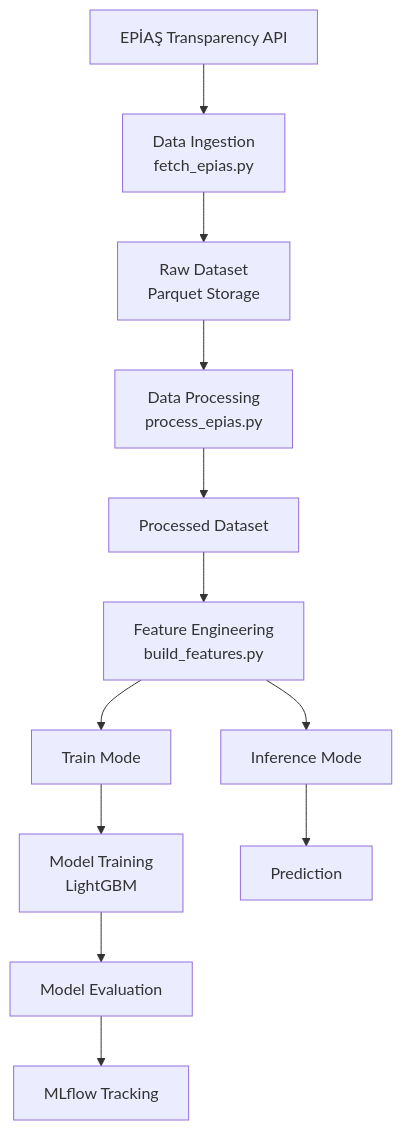
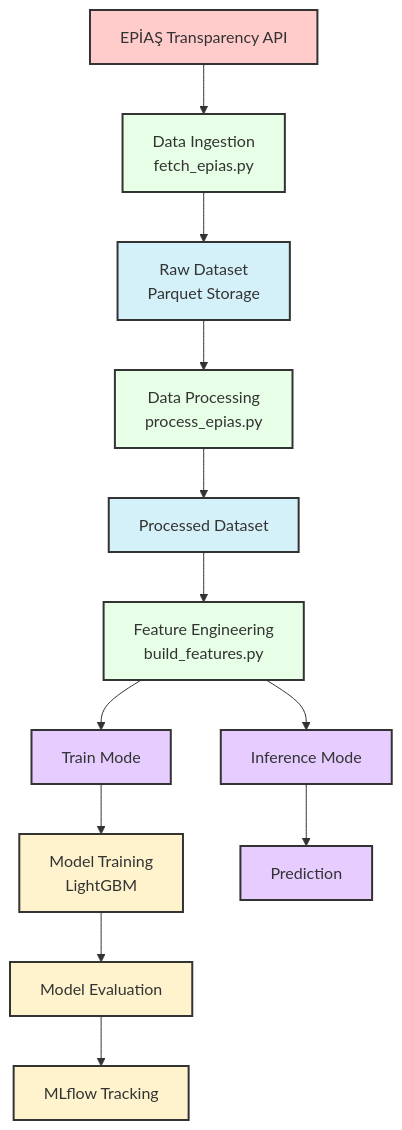
The first of 3 diagrams in README.md (Berkeaziz/Teias_PTF_Forecast), drawn with Mermaid before and after one commit. The commit also changed other lines of this file and 1 other file, not shown here.

````diff
--- a/README.md
+++ b/README.md
@@ -27,33 +27,46 @@
 ```mermaid
 flowchart TD
 
 A[EPİAŞ Transparency API]
 B[Data Ingestion<br>fetch_epias.py]
 C[Raw Dataset<br>Parquet Storage]
 D[Data Processing<br>process_epias.py]
 E[Processed Dataset]
 F[Feature Engineering<br>build_features.py]
 
 G[Train Mode]
 H[Model Training<br>LightGBM]
 I[Model Evaluation]
 J[MLflow Tracking]
 
 K[Inference Mode]
 L[Prediction]
 
 A --> B
 B --> C
 C --> D
 D --> E
 E --> F
 
 F --> G
 G --> H
 H --> I
 I --> J
 
 F --> K
 K --> L
 
+
+%% Styles
+classDef api fill:#ffcccb,stroke:#333,stroke-width:2px
+classDef data fill:#d4f1f9,stroke:#333,stroke-width:2px
+classDef process fill:#e6ffe6,stroke:#333,stroke-width:2px
+classDef model fill:#fff3cd,stroke:#333,stroke-width:2px
+classDef inference fill:#e6ccff,stroke:#333,stroke-width:2px
+
+class A api
+class C,E data
+class B,D,F process
+class H,I,J model
+class G,K,L inference
 ```
````
